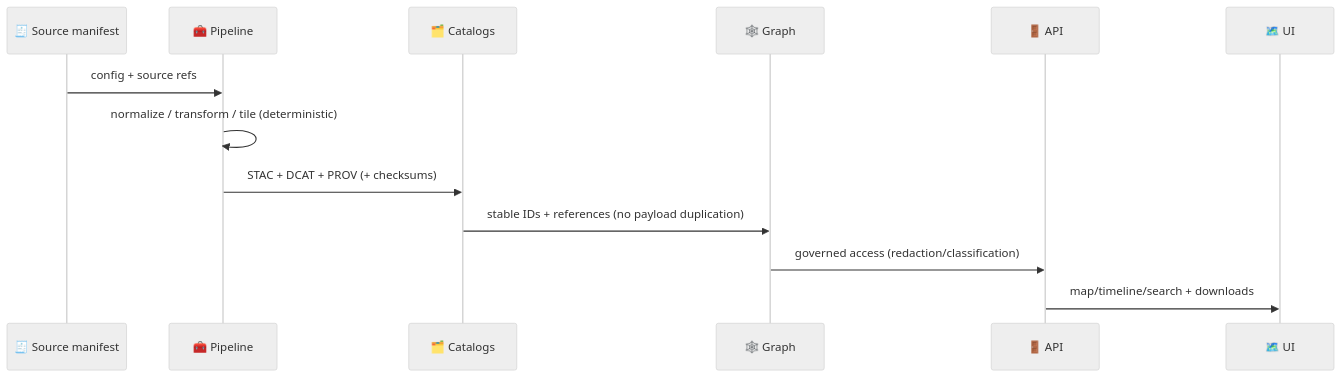
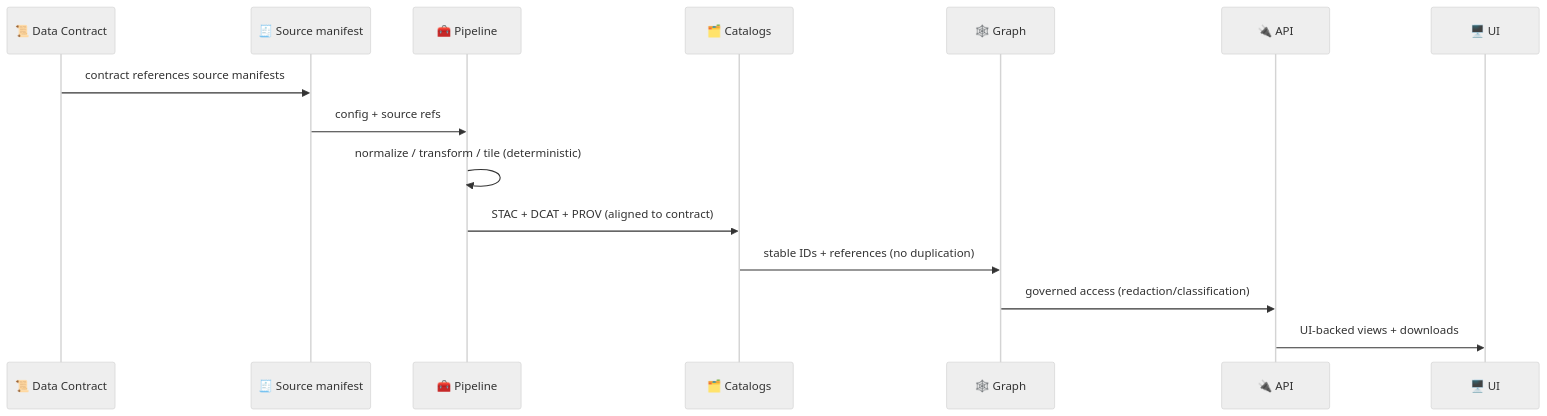
Before and after one commit to bartytime4life/Kansas-Frontier-Matrix: the fifth of 5 diagrams in web/README.md, drawn with Mermaid (neutral theme). The commit also changed other lines of this file, not shown here.

````diff
--- a/web/README.md
+++ b/web/README.md
@@ -483,15 +543,17 @@
 ```mermaid
 sequenceDiagram
+  participant DC as 📜 Data Contract
   participant S as 🧾 Source manifest
   participant P as 🧰 Pipeline
   participant C as 🗂️ Catalogs
   participant G as 🕸️ Graph
-  participant A as 🚪 API
-  participant U as 🗺️ UI
+  participant A as 🔌 API
+  participant U as 🖥️ UI
+  DC->>S: contract references source manifests
   S->>P: config + source refs
   P->>P: normalize / transform / tile (deterministic)
-  P->>C: STAC + DCAT + PROV (+ checksums)
-  C->>G: stable IDs + references (no payload duplication)
+  P->>C: STAC + DCAT + PROV (aligned to contract)
+  C->>G: stable IDs + references (no duplication)
   G->>A: governed access (redaction/classification)
-  A->>U: map/timeline/search + downloads
+  A->>U: UI-backed views + downloads
 ```
````
